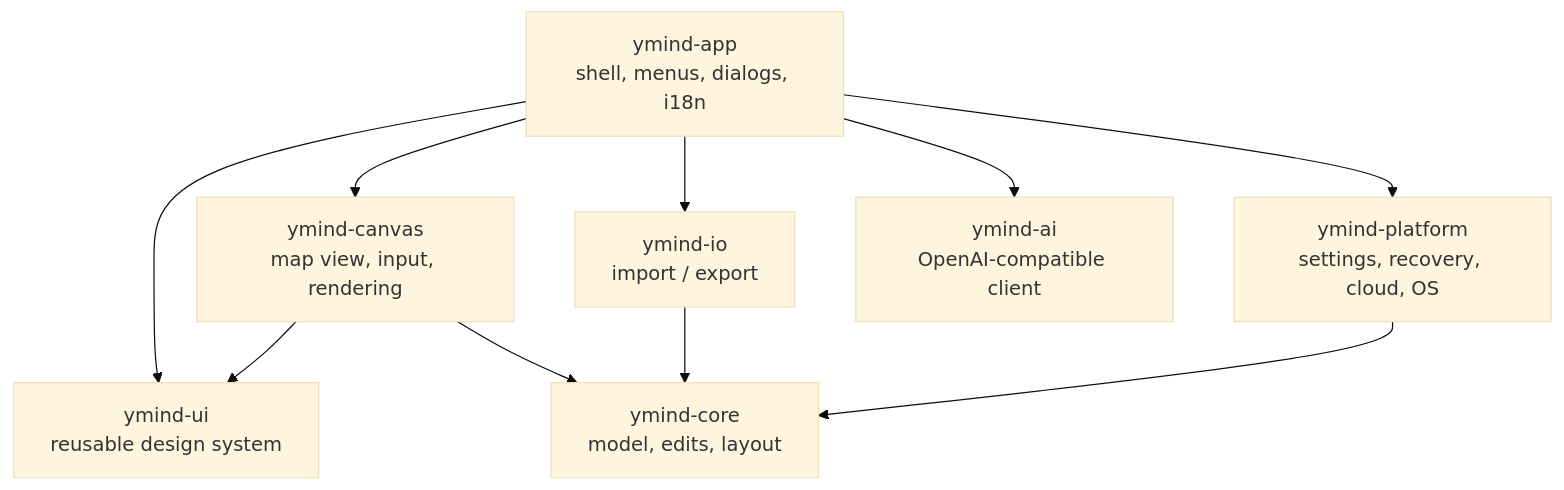
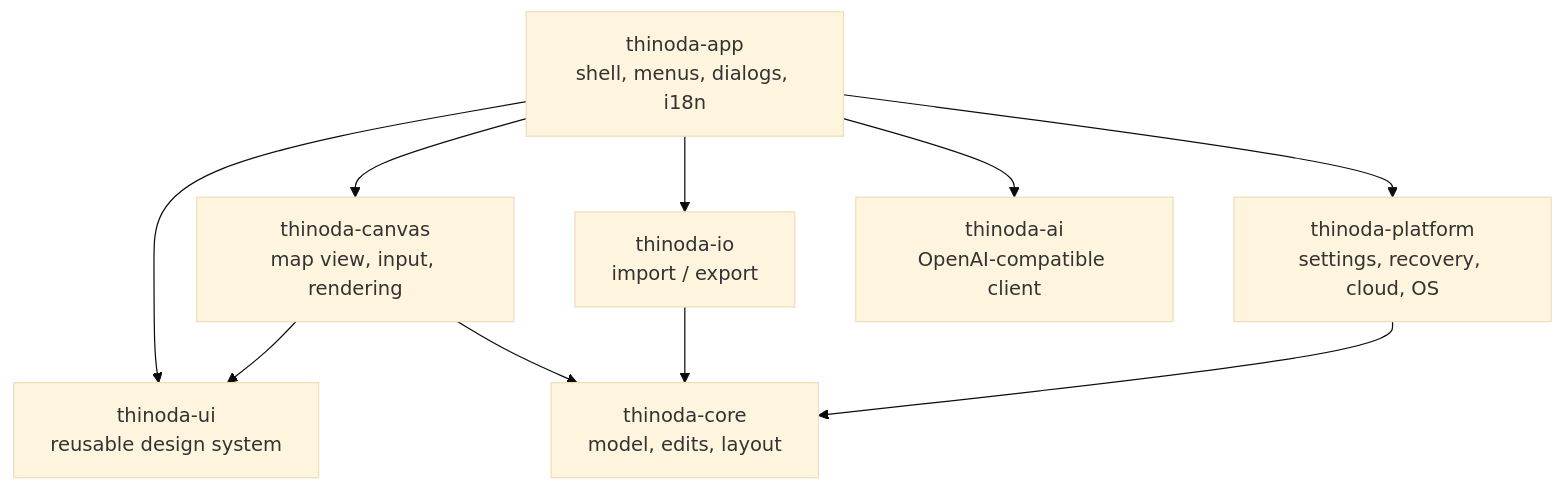
Before and after one commit to AxelWol/Thinoda: the diagram in docs/ARCHITECTURE.md, drawn with Mermaid (base theme). The commit also changed other lines of this file and 196 other files, not shown here.

First line of the commit message:
refactor: rename app to Thinoda

````diff
--- a/docs/ARCHITECTURE.md
+++ b/docs/ARCHITECTURE.md
@@ -3,12 +3,12 @@
 ```mermaid
 graph TD
-    app[ymind-app<br/>shell, menus, dialogs, i18n] --> canvas[ymind-canvas<br/>map view, input, rendering]
-    app --> ui[ymind-ui<br/>reusable design system]
-    app --> io[ymind-io<br/>import / export]
-    app --> platform[ymind-platform<br/>settings, recovery, cloud, OS]
-    app --> ai[ymind-ai<br/>OpenAI-compatible client]
+    app[thinoda-app<br/>shell, menus, dialogs, i18n] --> canvas[thinoda-canvas<br/>map view, input, rendering]
+    app --> ui[thinoda-ui<br/>reusable design system]
+    app --> io[thinoda-io<br/>import / export]
+    app --> platform[thinoda-platform<br/>settings, recovery, cloud, OS]
+    app --> ai[thinoda-ai<br/>OpenAI-compatible client]
     canvas --> ui
-    canvas --> core[ymind-core<br/>model, edits, layout]
+    canvas --> core[thinoda-core<br/>model, edits, layout]
     io --> core
     platform --> core
 ```
````
